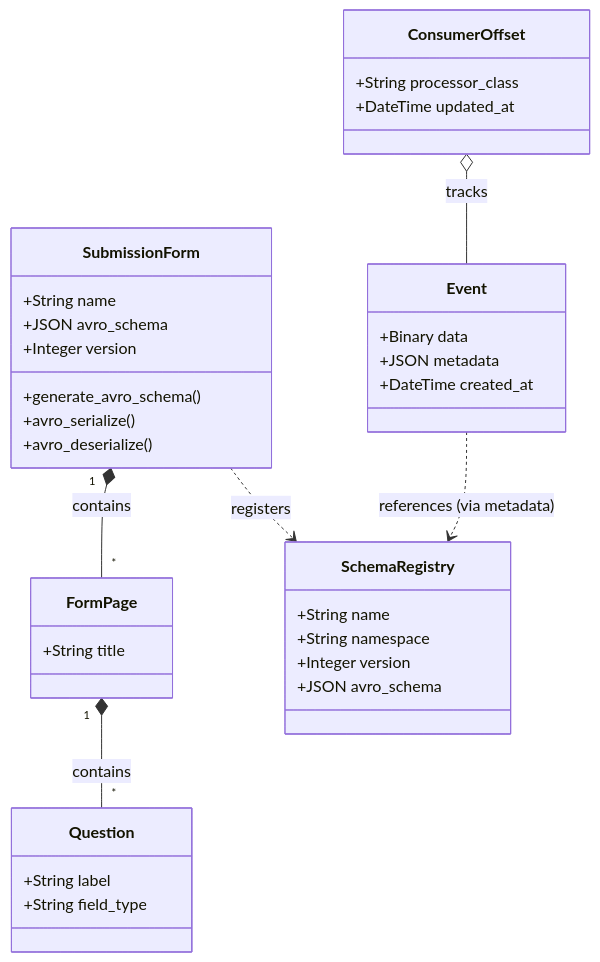
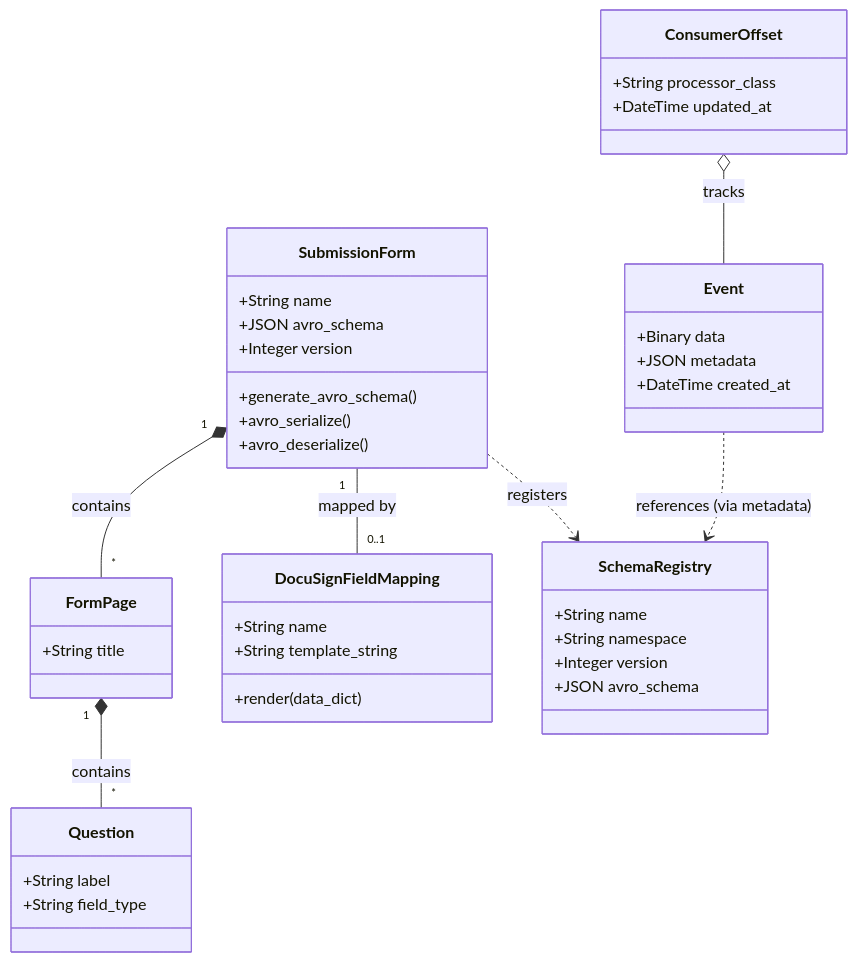
Before and after one commit to julzhk/FormEngine: the third of 4 diagrams in README.md, drawn with Mermaid. The commit also changed other lines of this file, not shown here.

Commit message:
add json mapping docs

````diff
--- a/README.md
+++ b/README.md
@@ -47,39 +47,46 @@
 ```mermaid
 classDiagram
     class SubmissionForm {
         +String name
         +JSON avro_schema
         +Integer version
         +generate_avro_schema()
         +avro_serialize()
         +avro_deserialize()
     }
     class FormPage {
         +String title
     }
     class Question {
         +String label
         +String field_type
     }
     class Event {
         +Binary data
         +JSON metadata
         +DateTime created_at
     }
     class ConsumerOffset {
         +String processor_class
         +DateTime updated_at
     }
+    class DocuSignFieldMapping {
+        +String name
+        +String template_string
+        +render(data_dict)
+    }
     class SchemaRegistry {
         +String name
         +String namespace
         +Integer version
         +JSON avro_schema
     }
 
+
     SubmissionForm "1" *-- "*" FormPage : contains
     FormPage "1" *-- "*" Question : contains
     ConsumerOffset o-- Event : tracks
     SubmissionForm ..> SchemaRegistry : registers
+    SubmissionForm "1" -- "0..1" DocuSignFieldMapping : mapped by
     Event ..> SchemaRegistry : references (via metadata)
 ```
````
